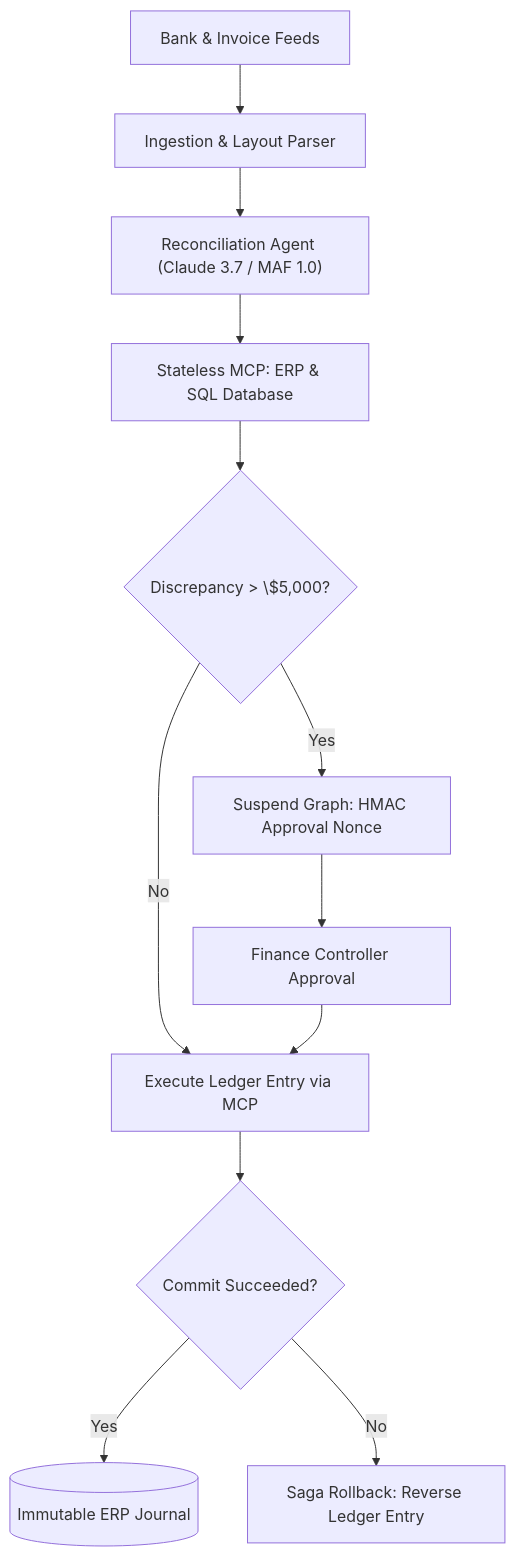
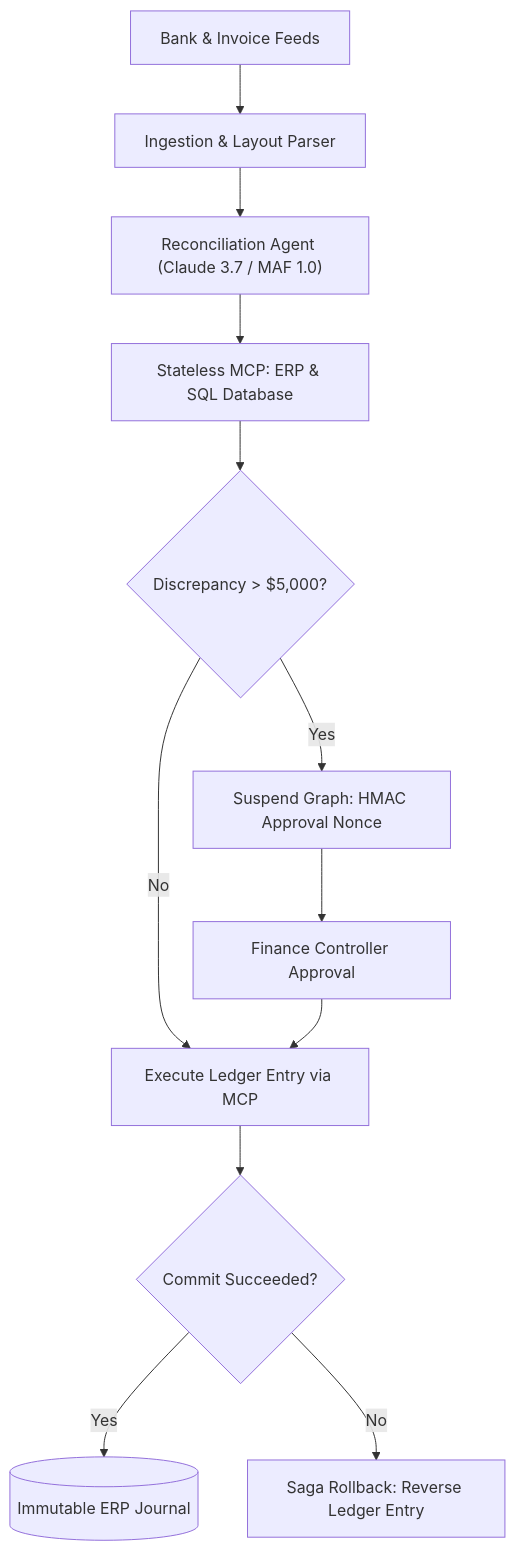
The first of 11 diagrams in architecture/10-enterprise-ai-system-designs.md (dip4k/senior-engineer-to-ai-engineer-roadmap), drawn with Mermaid before and after one commit. The commit also changed other lines of this file and 19 other files, not shown here.

````diff
--- a/architecture/10-enterprise-ai-system-designs.md
+++ b/architecture/10-enterprise-ai-system-designs.md
@@ -42,19 +42,18 @@
 ```mermaid
 flowchart TD
     BankFeeds["Bank & Invoice Feeds"] --> Ingest["Ingestion & Layout Parser"]
     Ingest --> Agent["Reconciliation Agent (Claude 3.7 / MAF 1.0)"]
     
     Agent --> MCP_DB["Stateless MCP: ERP & SQL Database"]
-    MCP_DB --> MatchCheck{"Discrepancy > \$5,000?"}
+    MCP_DB --> MatchCheck{"Discrepancy > $5,000?"}
     
     MatchCheck -- "No" --> AutoBook["Execute Ledger Entry via MCP"]
     MatchCheck -- "Yes" --> HITL["Suspend Graph: HMAC Approval Nonce"]
     
     HITL --> Operator["Finance Controller Approval"]
     Operator --> AutoBook
     
     AutoBook --> SagaCheck{"Commit Succeeded?"}
     SagaCheck -- "Yes" --> Audit[("Immutable ERP Journal")]
     SagaCheck -- "No" --> Compensate["Saga Rollback: Reverse Ledger Entry"]
-
 ```
````
